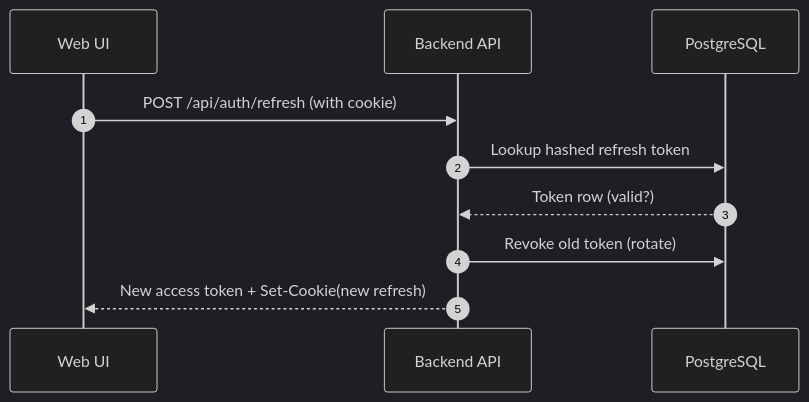
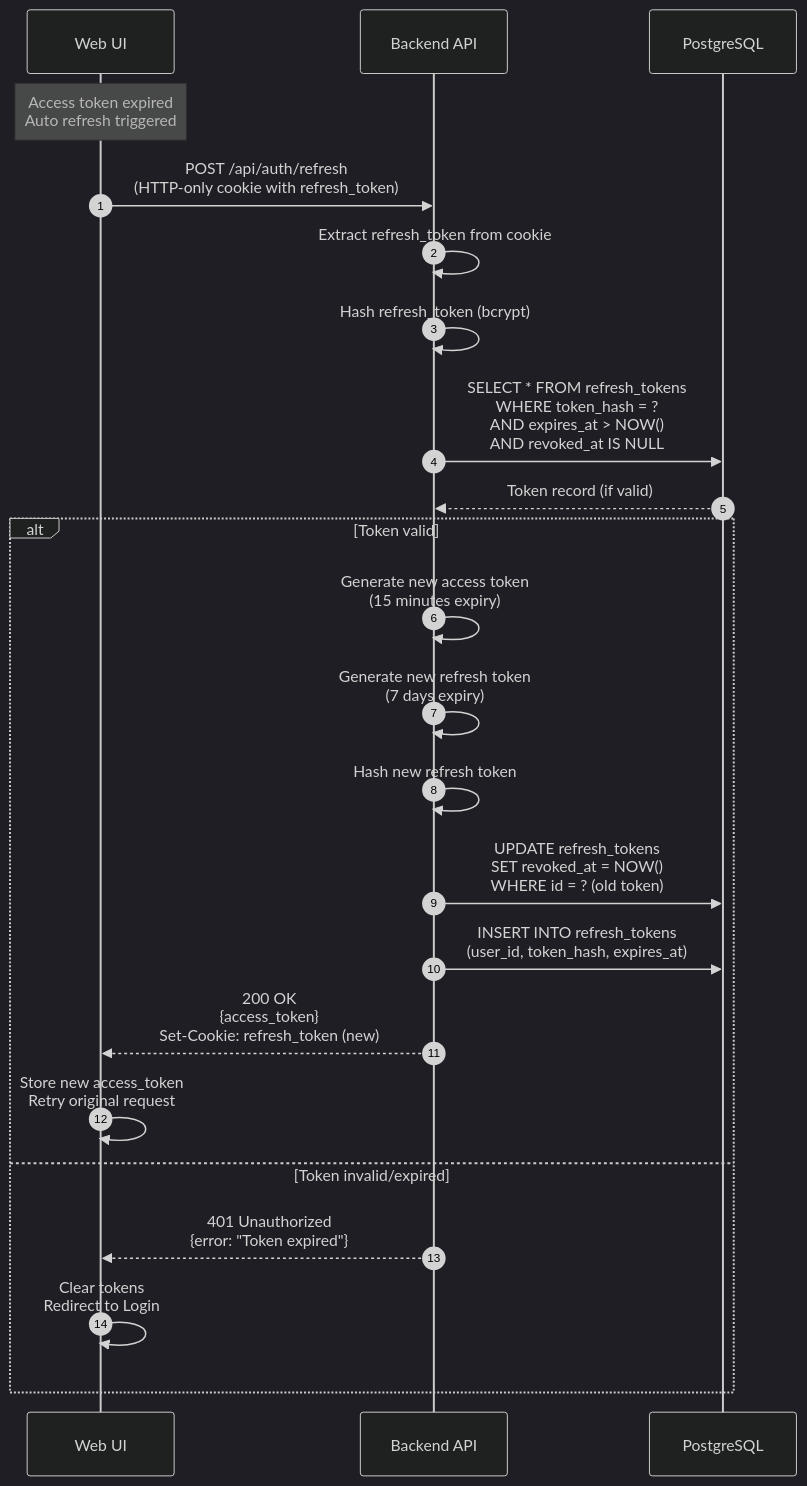
Before and after one commit to ntgptit/repeatwise: the first of 5 diagrams in 00_docs/02-system-analysis/04-sequence-diagrams.md, drawn with Mermaid (dark theme). The commit also changed other lines of this file and 161 other files, not shown here.

````diff
--- a/00_docs/02-system-analysis/04-sequence-diagrams.md
+++ b/00_docs/02-system-analysis/04-sequence-diagrams.md
@@ -5,13 +5,27 @@
 ```mermaid
 sequenceDiagram
   autonumber
   participant FE as Web UI
   participant API as Backend API
   participant DB as PostgreSQL
 
-  FE->>API: POST /api/auth/refresh (with cookie)
-  API->>DB: Lookup hashed refresh token
-  DB-->>API: Token row (valid?)
-  API->>DB: Revoke old token (rotate)
-  API-->>FE: New access token + Set‑Cookie(new refresh)
+  Note over FE: Access token expired<br/>Auto refresh triggered
+  FE->>API: POST /api/auth/refresh<br/>(HTTP-only cookie with refresh_token)
+  API->>API: Extract refresh_token from cookie
+  API->>API: Hash refresh_token (bcrypt)
+  API->>DB: SELECT * FROM refresh_tokens<br/>WHERE token_hash = ?<br/>AND expires_at > NOW()<br/>AND revoked_at IS NULL
+  DB-->>API: Token record (if valid)
+  
+  alt Token valid
+    API->>API: Generate new access token<br/>(15 minutes expiry)
+    API->>API: Generate new refresh token<br/>(7 days expiry)
+    API->>API: Hash new refresh token
+    API->>DB: UPDATE refresh_tokens<br/>SET revoked_at = NOW()<br/>WHERE id = ? (old token)
+    API->>DB: INSERT INTO refresh_tokens<br/>(user_id, token_hash, expires_at)
+    API-->>FE: 200 OK<br/>{access_token}<br/>Set-Cookie: refresh_token (new)
+    FE->>FE: Store new access_token<br/>Retry original request
+  else Token invalid/expired
+    API-->>FE: 401 Unauthorized<br/>{error: "Token expired"}
+    FE->>FE: Clear tokens<br/>Redirect to Login
+  end
 ```
````
